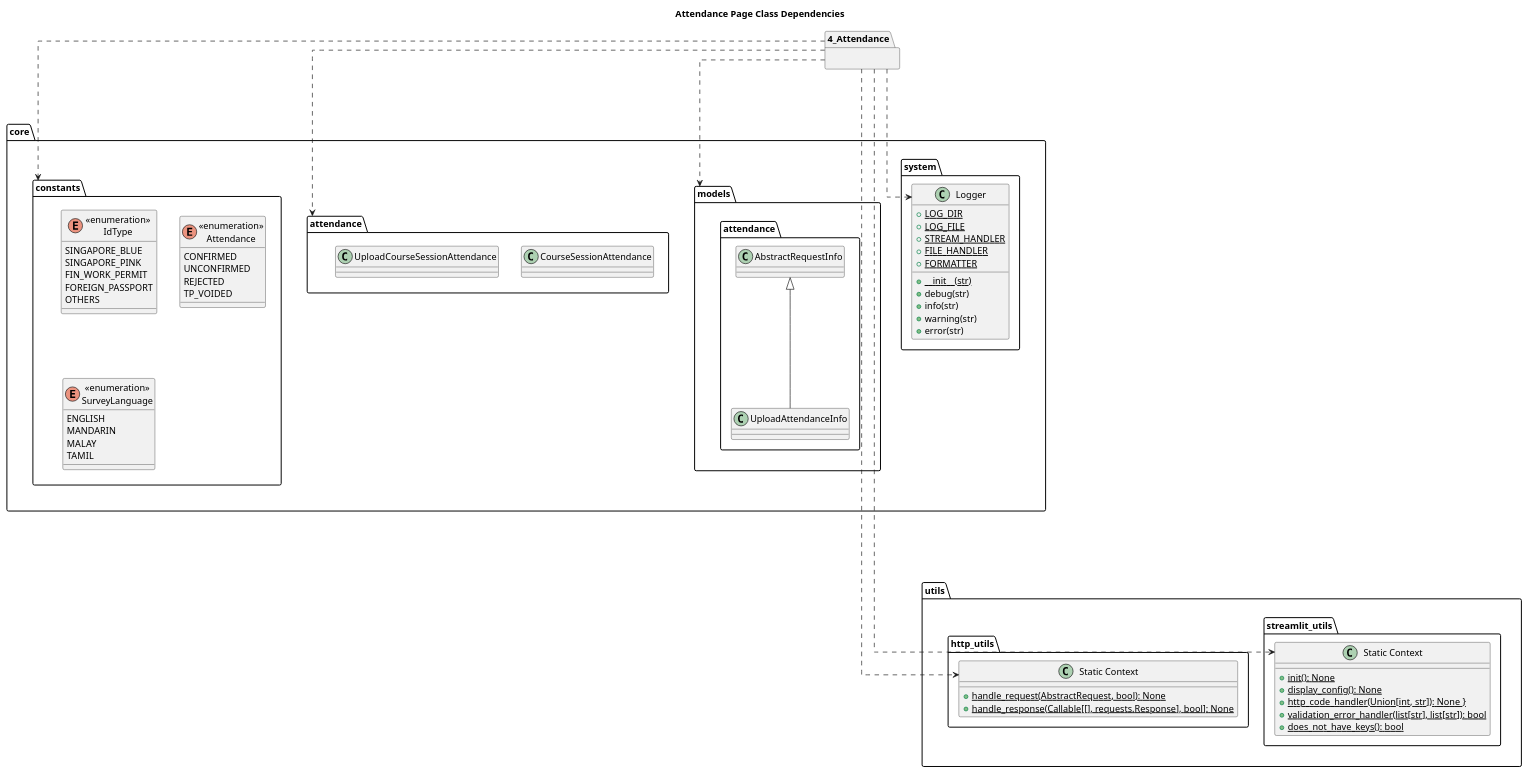
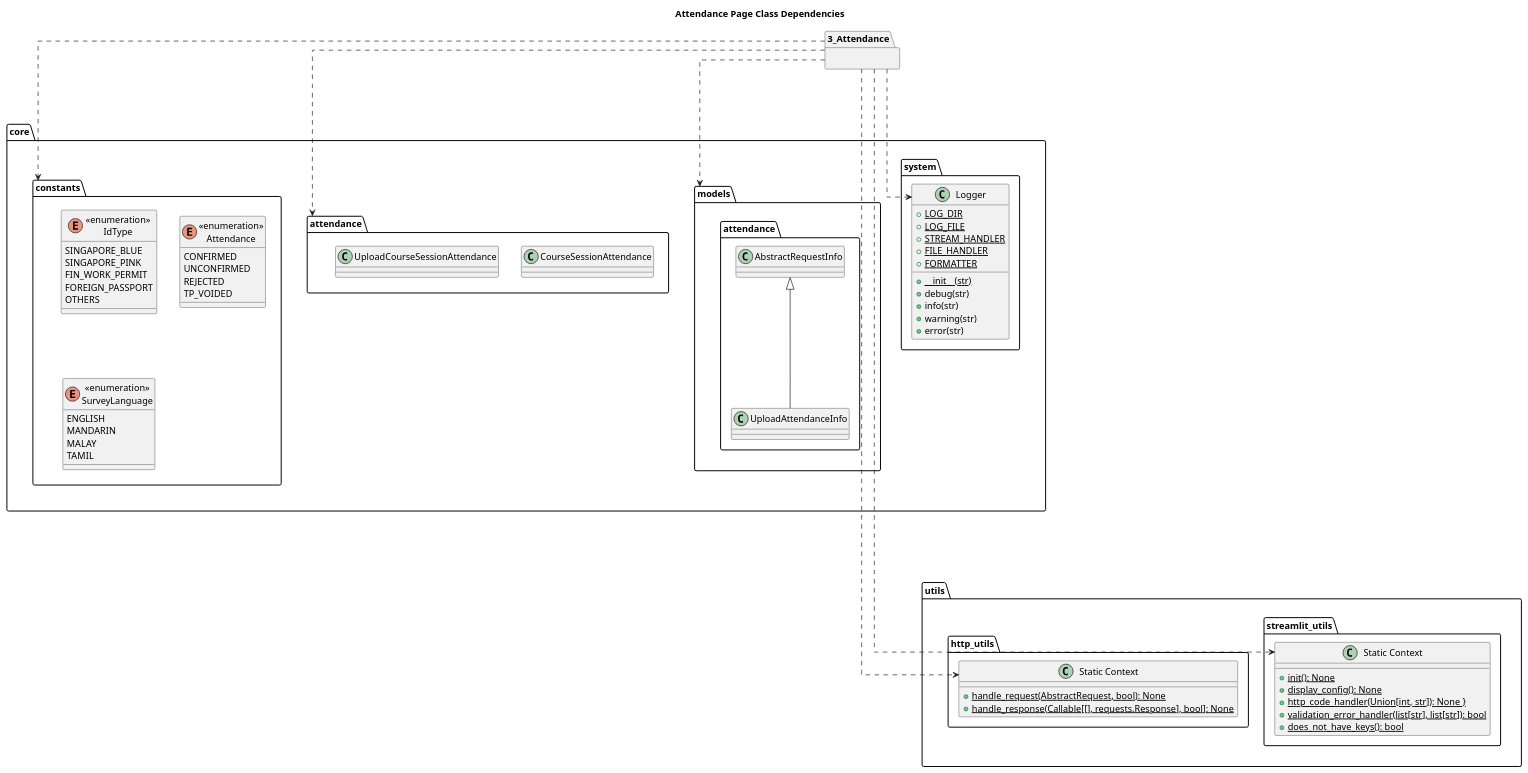
The diagram in SSG-API-Testing-Application-v2/docs/assets/developer-guide/classes/pages/AttendancePageClassDiagram.puml (ssg-wsg/Sample-Codes), drawn with PlantUML before and after one commit. The commit also changed 57 other files, not shown here.

```diff
--- a/SSG-API-Testing-Application-v2/docs/assets/developer-guide/classes/pages/AttendancePageClassDiagram.puml
+++ b/SSG-API-Testing-Application-v2/docs/assets/developer-guide/classes/pages/AttendancePageClassDiagram.puml
@@ -1,99 +1,99 @@
 @startuml
 skinparam linetype polyline
 skinparam linetype ortho
 
 title Attendance Page Class Dependencies
 
-package "4_Attendance" as page {
+package "3_Attendance" as page {
 
 }
 
 package core {
     package constants {
         enum "<<enumeration>>\nIdType" {
             SINGAPORE_BLUE
             SINGAPORE_PINK
             FIN_WORK_PERMIT
             FOREIGN_PASSPORT
             OTHERS
         }
 
         enum "<<enumeration>>\nAttendance" {
             CONFIRMED
             UNCONFIRMED
             REJECTED
             TP_VOIDED
         }
 
         enum "<<enumeration>>\nSurveyLanguage" {
             ENGLISH
             MANDARIN
             MALAY
             TAMIL
         }
     }
 
     package attendance {
         class CourseSessionAttendance {
 
         }
 
         class UploadCourseSessionAttendance {
 
         }
     }
 
     package models {
         package attendance {
             class UploadAttendanceInfo {
 
             }
 
             UploadAttendanceInfo -up-|> AbstractRequestInfo
         }
     }
 
     package system {
         class Logger {
             + LOG_DIR {static}
             + LOG_FILE {static}
             + STREAM_HANDLER {static}
             + FILE_HANDLER {static}
             + FORMATTER {static}
             + __init__(str) {static}
             + debug(str)
             + info(str)
             + warning(str)
             + error(str)
         }
     }
 }
 
 package utils {
     package http_utils {
         class "Static Context" as husc {
             + handle_request(AbstractRequest, bool): None {static}
             + handle_response(Callable[[], requests.Response], bool]: None {static}
         }
     }
 
     package streamlit_utils {
         class "Static Context" as susc {
             + init(): None {static}
             + display_config(): None {static}
             + http_code_handler(Union[int, str]): None {static}}
             + validation_error_handler(list[str], list[str]): bool {static}
             + does_not_have_keys(): bool {static}
         }
     }
 }
 
 utils ..up[hidden]...> core
 
 page ...> core.attendance
 page ...> core.models
 page ...> Logger
 page ...> husc
 page ...> susc
 page ...> constants
 @enduml
```
